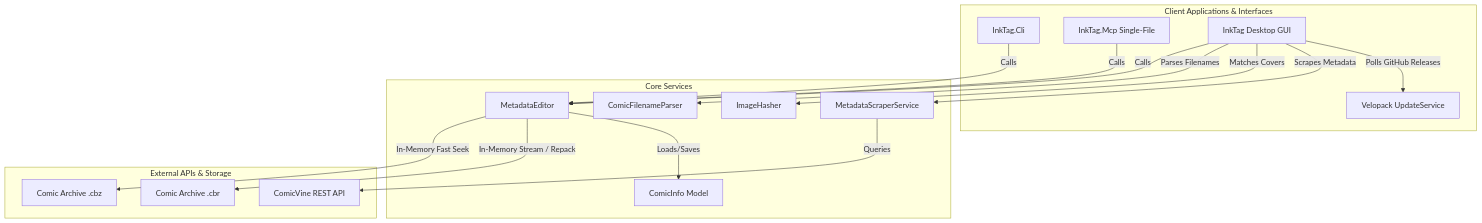
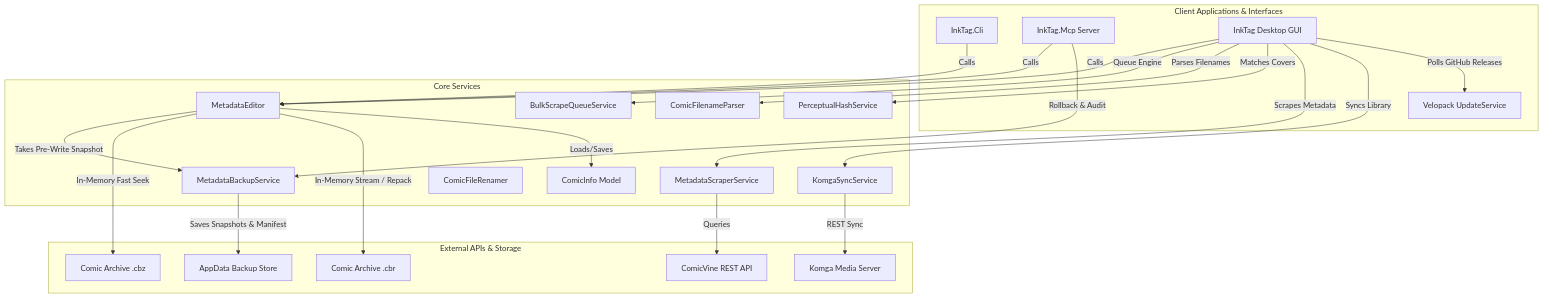
Before and after one commit to aurora7795/ComicMetadataEditor: the diagram in docs/wiki/architecture.md, drawn with Mermaid. The commit also changed other lines of this file and 5 other files, not shown here.

Commit message:
docs: refresh project wiki, architecture diagrams, and MCP specifications for v0.12.2

````diff
--- a/docs/wiki/architecture.md
+++ b/docs/wiki/architecture.md
@@ -18,35 +25,47 @@
 ```mermaid
 graph TD
     subgraph Client Applications & Interfaces
         CLI[InkTag.Cli]
-        MCP[InkTag.Mcp Single-File]
+        MCP[InkTag.Mcp Server]
         GUI[InkTag Desktop GUI]
         UPD[Velopack UpdateService]
     end
 
     subgraph Core Services
         ME[MetadataEditor]
+        MBS[MetadataBackupService]
         CI[ComicInfo Model]
         CFP[ComicFilenameParser]
-        IH[ImageHasher]
+        PHS[PerceptualHashService]
         MSS[MetadataScraperService]
+        BSS[BulkScrapeQueueService]
+        CFR[ComicFileRenamer]
+        KGS[KomgaSyncService]
     end
 
     subgraph External APIs & Storage
         CV[ComicVine REST API]
+        KMG[Komga Media Server]
         CBZ[Comic Archive .cbz]
         CBR[Comic Archive .cbr]
+        BAK[AppData Backup Store]
     end
 
     CLI -->|Calls| ME
     MCP -->|Calls| ME
+    MCP -->|Rollback & Audit| MBS
     GUI -->|Calls| ME
+    GUI -->|Queue Engine| BSS
     GUI -->|Parses Filenames| CFP
-    GUI -->|Matches Covers| IH
+    GUI -->|Matches Covers| PHS
     GUI -->|Scrapes Metadata| MSS
+    GUI -->|Syncs Library| KGS
     GUI -->|Polls GitHub Releases| UPD
     MSS -->|Queries| CV
+    KGS -->|REST Sync| KMG
+    ME -->|Takes Pre-Write Snapshot| MBS
+    MBS -->|Saves Snapshots & Manifest| BAK
     ME -->|In-Memory Fast Seek| CBZ
     ME -->|In-Memory Stream / Repack| CBR
     ME -->|Loads/Saves| CI
 ```
````
